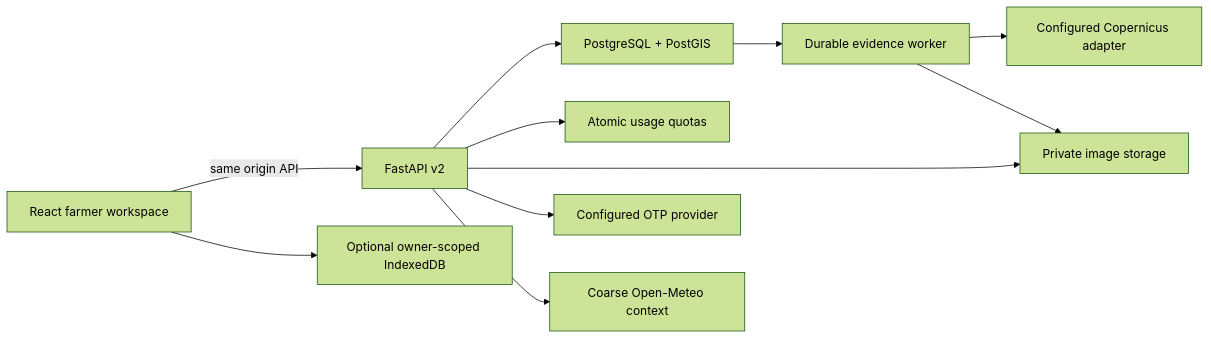
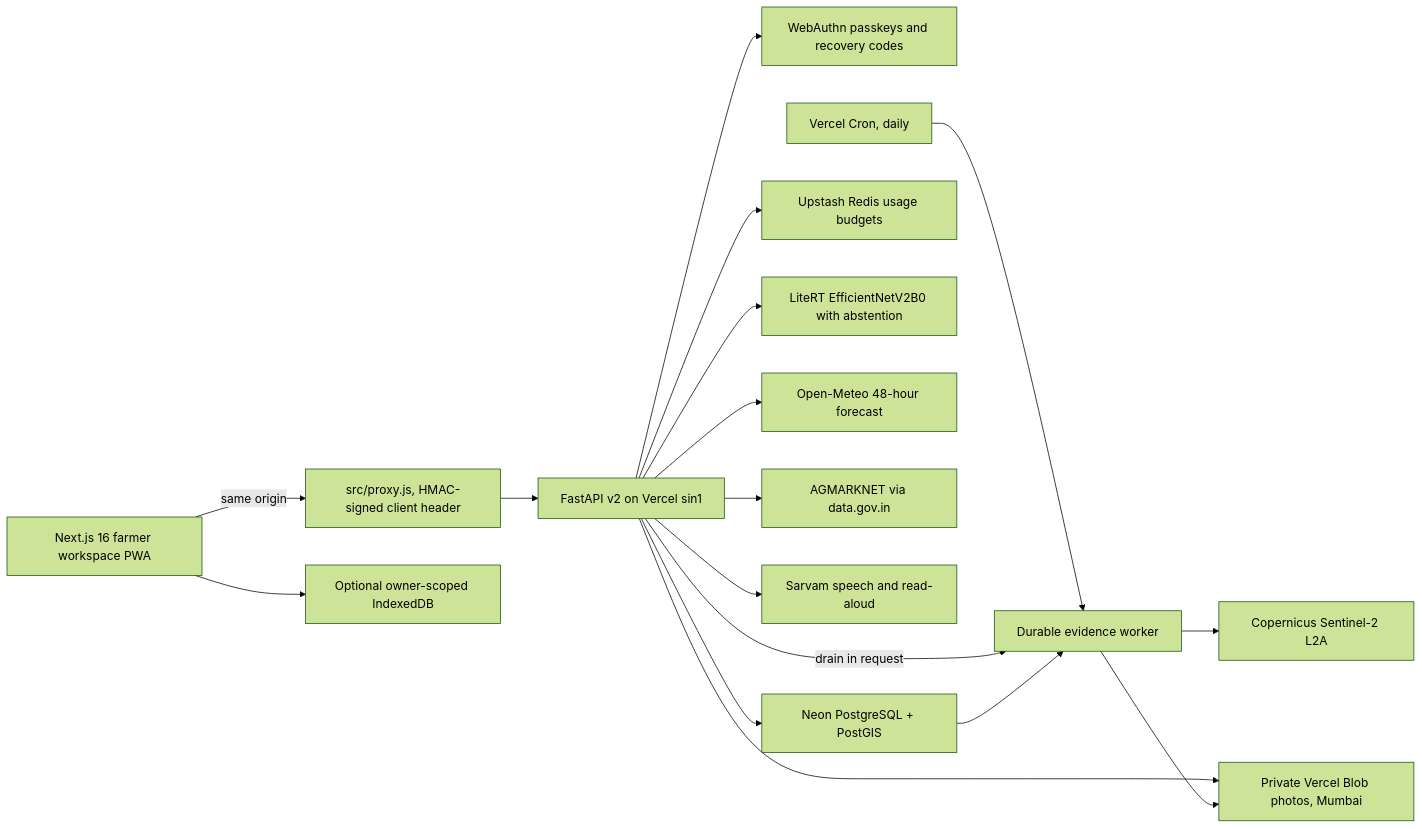
Before and after one commit to Thanatos9404/Krishyak: the diagram in docs/v2/ARCHITECTURE.md, drawn with Mermaid (forest theme). The commit also changed other lines of this file and 10 other files, not shown here.

First line of the commit message:
Open-source Krishyak under Apache-2.0 with design docs and sample data

````diff
--- a/docs/v2/ARCHITECTURE.md
+++ b/docs/v2/ARCHITECTURE.md
@@ -7,13 +7,19 @@
 ```mermaid
 flowchart LR
-  UI[React farmer workspace] -->|same origin API| API[FastAPI v2]
+  UI[Next.js 16 farmer workspace PWA] -->|same origin| PX[src/proxy.js, HMAC-signed client header]
   UI --> IDB[Optional owner-scoped IndexedDB]
-  API --> PG[PostgreSQL + PostGIS]
-  API --> Redis[Atomic usage quotas]
-  API --> Objects[Private image storage]
-  API --> OTP[Configured OTP provider]
-  PG --> Worker[Durable evidence worker]
-  Worker --> CDSE[Configured Copernicus adapter]
+  PX --> API[FastAPI v2 on Vercel sin1]
+  API --> PK[WebAuthn passkeys and recovery codes]
+  API --> PG[Neon PostgreSQL + PostGIS]
+  API --> Redis[Upstash Redis usage budgets]
+  API --> Objects[Private Vercel Blob photos, Mumbai]
+  API --> ML[LiteRT EfficientNetV2B0 with abstention]
+  API --> Weather[Open-Meteo 48-hour forecast]
+  API --> Market[AGMARKNET via data.gov.in]
+  API --> Speech[Sarvam speech and read-aloud]
+  Cron[Vercel Cron, daily] --> Worker[Durable evidence worker]
+  API -->|drain in request| Worker
+  PG --> Worker
+  Worker --> CDSE[Copernicus Sentinel-2 L2A]
   Worker --> Objects
-  API --> Weather[Coarse Open-Meteo context]
 ```
````
